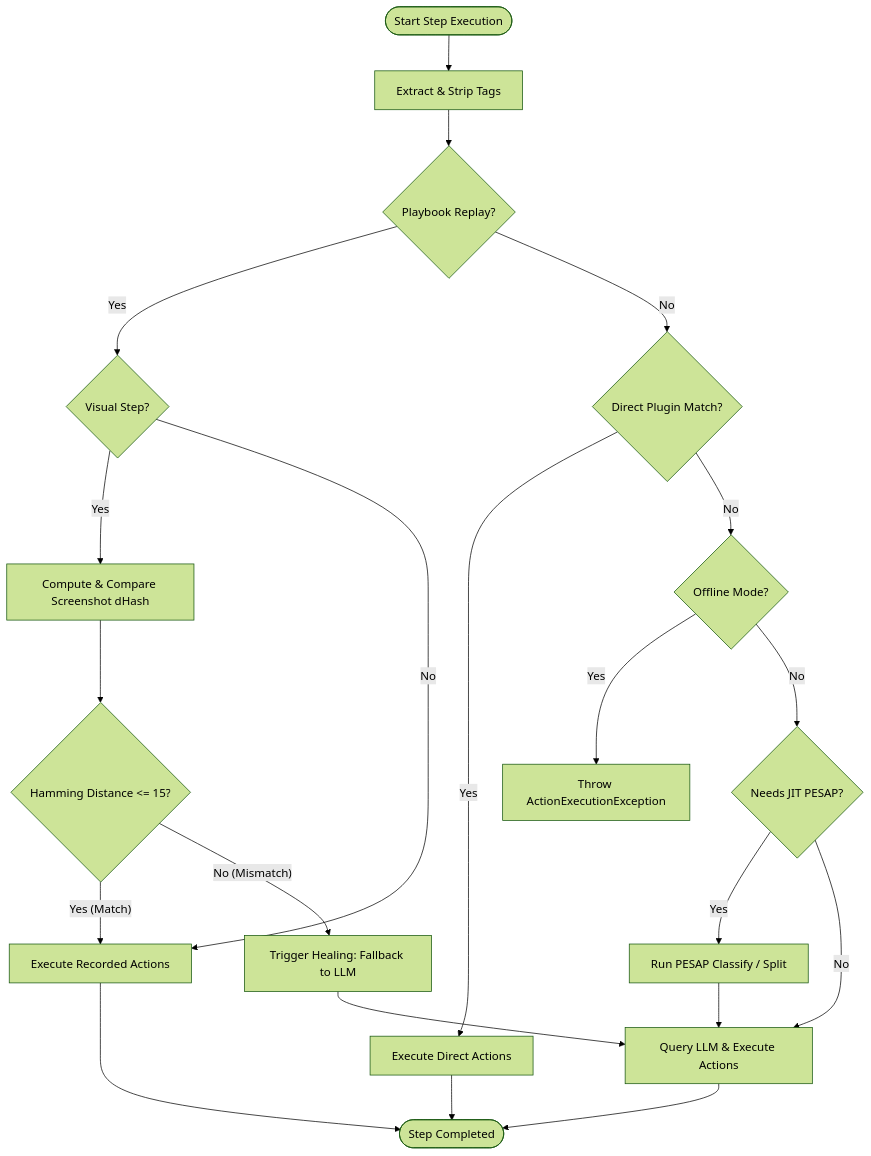
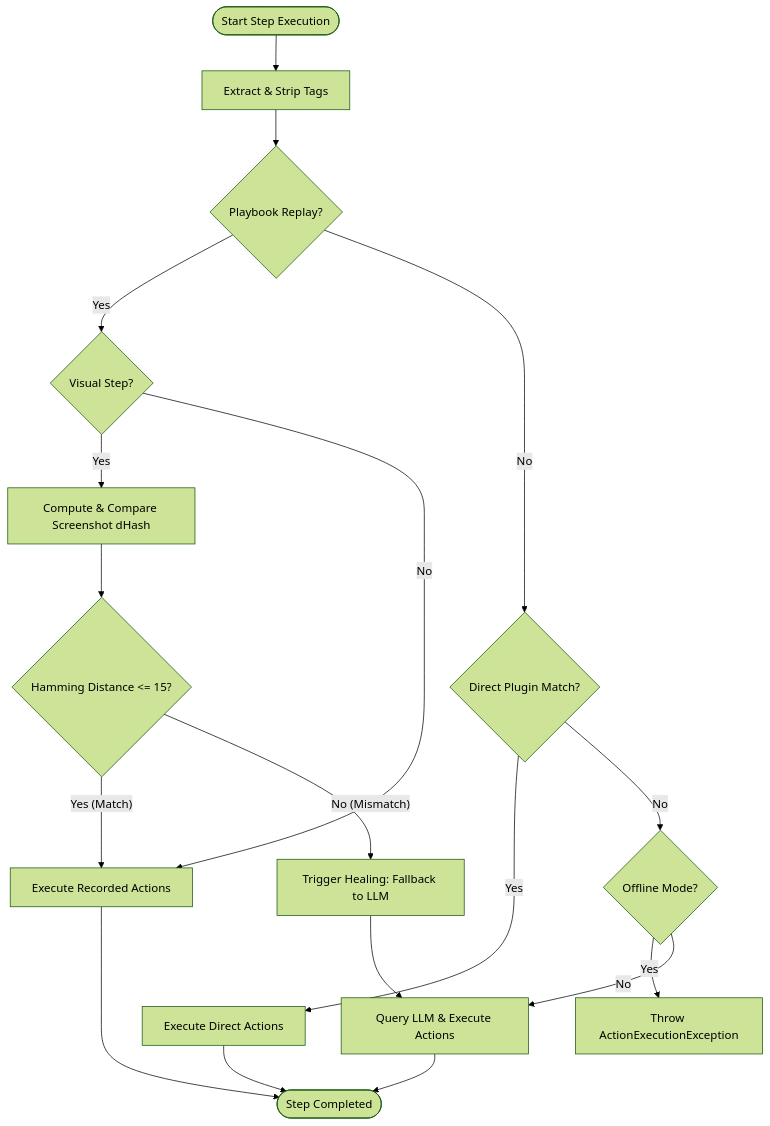
Before and after one commit to Xceptance/neodymium: the first of 3 diagrams in doc/AI_EXECUTION_SUMMARY.md, drawn with Mermaid (forest theme). The commit also changed other lines of this file and 109 other files, not shown here.

````diff
--- a/doc/AI_EXECUTION_SUMMARY.md
+++ b/doc/AI_EXECUTION_SUMMARY.md
@@ -86,28 +86,25 @@
 ```mermaid
 flowchart TD
     Start([Start Step Execution]) --> ExtractTags[Extract & Strip Tags]
     ExtractTags --> ReplayCheck{Playbook Replay?}
     
     ReplayCheck -- "Yes" --> VisualCheck{Visual Step?}
     VisualCheck -- "Yes" --> CompareHash[Compute & Compare Screenshot dHash]
     CompareHash --> DistanceCheck{Hamming Distance <= 15?}
     DistanceCheck -- "Yes (Match)" --> PlaybookActions[Execute Recorded Actions]
     DistanceCheck -- "No (Mismatch)" --> HealStep[Trigger Healing: Fallback to LLM]
     VisualCheck -- "No" --> PlaybookActions
     
     ReplayCheck -- "No" --> DirectCheck{Direct Plugin Match?}
     DirectCheck -- "Yes" --> DirectActions[Execute Direct Actions]
     
     DirectCheck -- "No" --> OfflineCheck{Offline Mode?}
     OfflineCheck -- "Yes" --> FailOffline[Throw ActionExecutionException]
     
-    OfflineCheck -- "No" --> PesapCheck{Needs JIT PESAP?}
-    PesapCheck -- "Yes" --> RunPesap[Run PESAP Classify / Split]
-    RunPesap --> RunLLM[Query LLM & Execute Actions]
-    PesapCheck -- "No" --> RunLLM
+    OfflineCheck -- "No" --> RunLLM[Query LLM & Execute Actions]
     
     PlaybookActions --> EndStep([Step Completed])
     DirectActions --> EndStep
     HealStep --> RunLLM
     RunLLM --> EndStep
 ```
````
